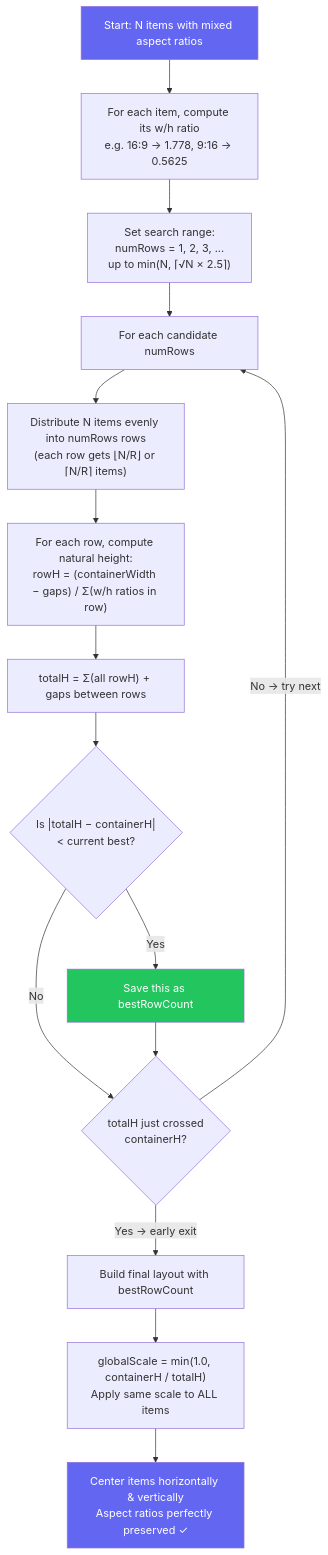
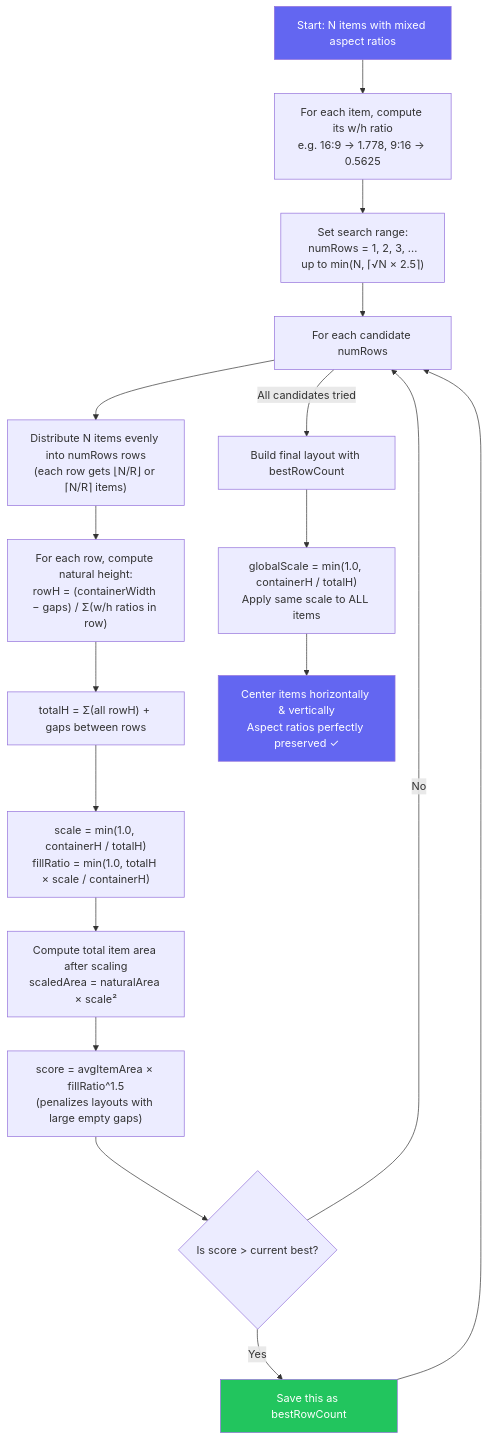
The diagram in README.md (thangdevalone/meeting-grid-layout), drawn with Mermaid before and after one commit. The commit also changed other lines of this file and 4 other files, not shown here.

````diff
--- a/README.md
+++ b/README.md
@@ -302,21 +304,23 @@
 ```mermaid
 flowchart TD
     A["Start: N items with mixed aspect ratios"] --> B["For each item, compute its w/h ratio\ne.g. 16:9 → 1.778, 9:16 → 0.5625"]
     B --> C["Set search range:\nnumRows = 1, 2, 3, ...\nup to min(N, ⌈√N × 2.5⌉)"]
     C --> D["For each candidate numRows"]
     D --> E["Distribute N items evenly into numRows rows\n(each row gets ⌊N/R⌋ or ⌈N/R⌉ items)"]
     E --> F["For each row, compute natural height:\nrowH = (containerWidth − gaps) / Σ(w/h ratios in row)"]
     F --> G["totalH = Σ(all rowH) + gaps between rows"]
-    G --> H{"Is |totalH − containerH|\n< current best?"}
-    H -- Yes --> I["Save this as bestRowCount"]
-    H -- No --> J{"totalH just crossed\ncontainerH?"}
-    I --> J
-    J -- "Yes → early exit" --> K["Build final layout with bestRowCount"]
-    J -- "No → try next" --> D
-    K --> L["globalScale = min(1.0, containerH / totalH)\nApply same scale to ALL items"]
-    L --> M["Center items horizontally & vertically\nAspect ratios perfectly preserved ✓"]
+    G --> H["scale = min(1.0, containerH / totalH)\nfillRatio = min(1.0, totalH × scale / containerH)"]
+    H --> I["Compute total item area after scaling\nscaledArea = naturalArea × scale²"]
+    I --> J["score = avgItemArea × fillRatio^1.5\n(penalizes layouts with large empty gaps)"]
+    J --> K{"Is score > current best?"}
+    K -- Yes --> L["Save this as bestRowCount"]
+    K -- No --> D
+    L --> D
+    D -- "All candidates tried" --> M["Build final layout with bestRowCount"]
+    M --> N["globalScale = min(1.0, containerH / totalH)\nApply same scale to ALL items"]
+    N --> O["Center items horizontally & vertically\nAspect ratios perfectly preserved ✓"]
 
     style A fill:#6366f1,color:#fff
-    style I fill:#22c55e,color:#fff
-    style M fill:#6366f1,color:#fff
+    style L fill:#22c55e,color:#fff
+    style O fill:#6366f1,color:#fff
 ```
````
